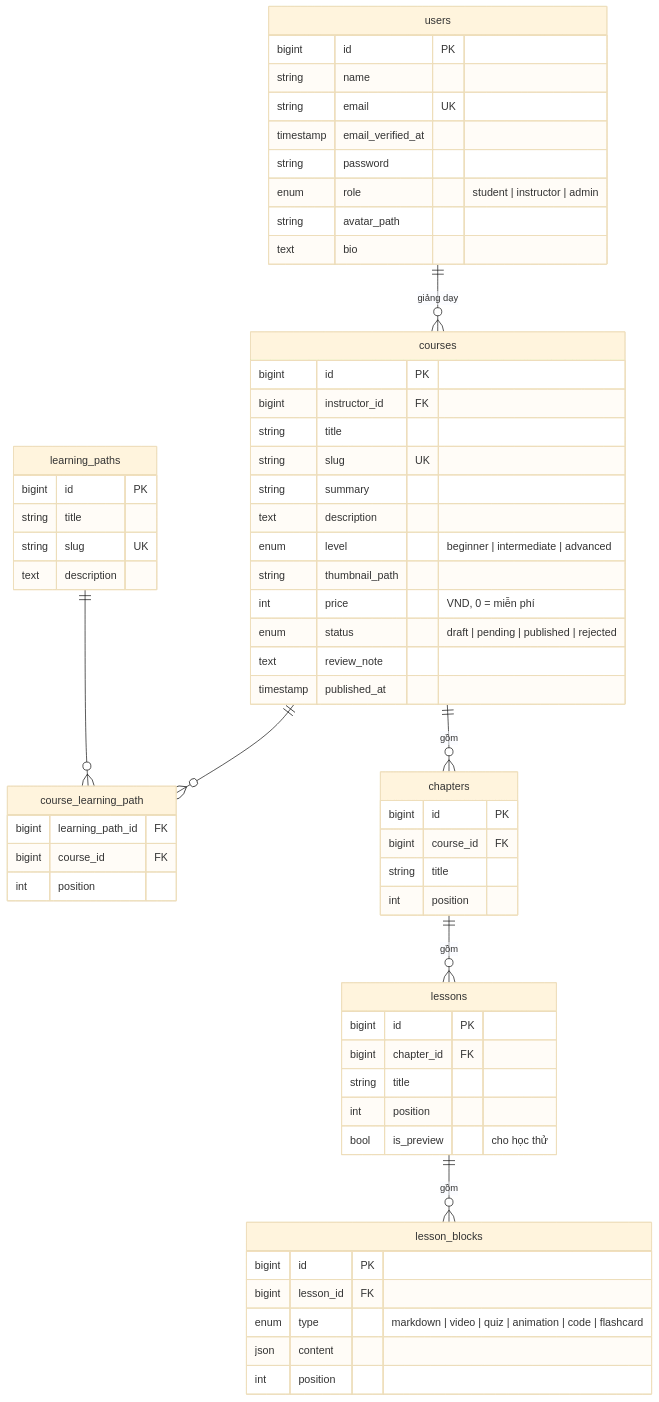
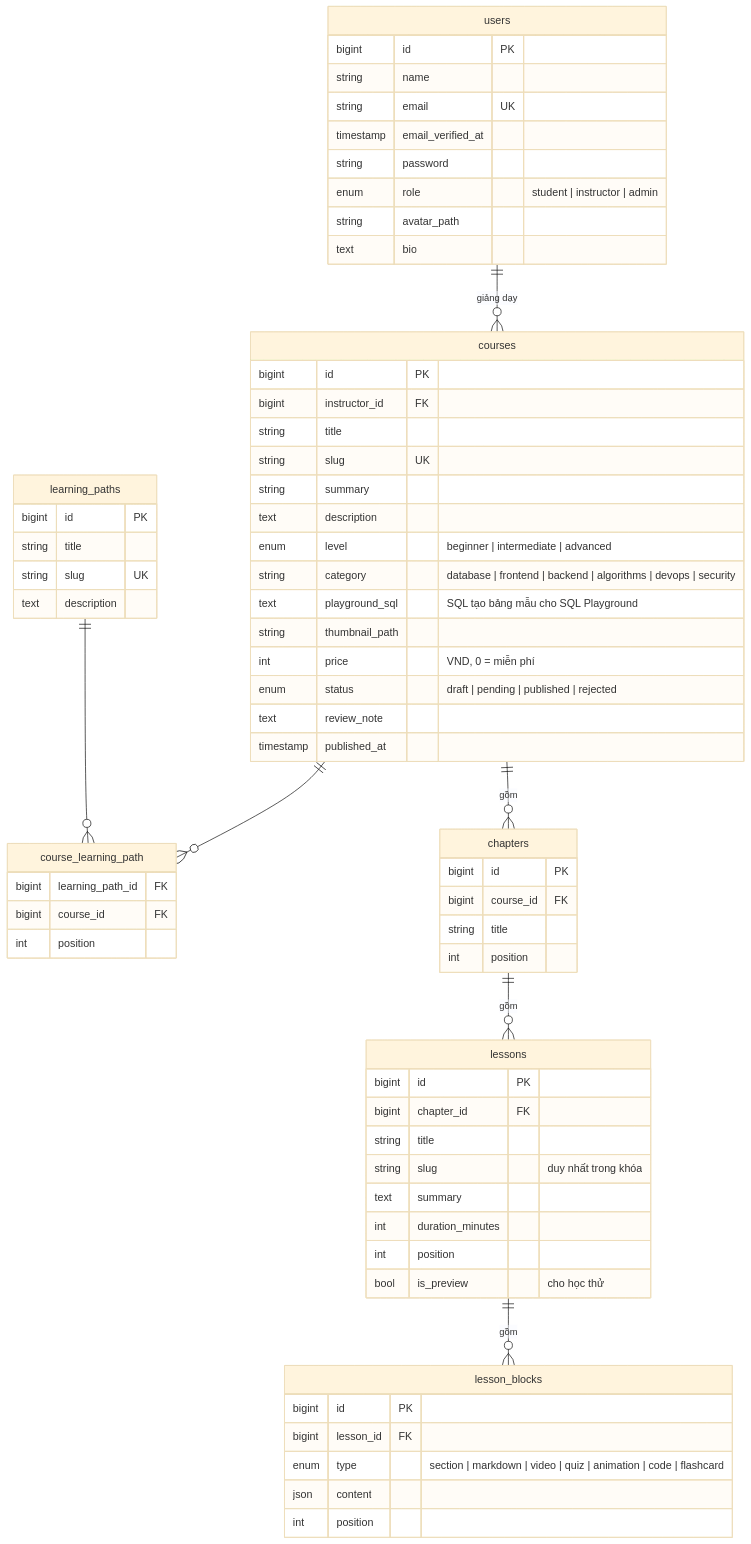
Before and after one commit to Thang2509/DACN: the fourth of 9 diagrams in docs/thiet-ke.md, drawn with Mermaid (base theme). The commit also changed other lines of this file and 57 other files, not shown here.

First line of the commit message:
Đợt 2: bài học kiểu Sydexa, video mở đầu, bảng dữ liệu SQL, bỏ ghi chú

````diff
--- a/docs/thiet-ke.md
+++ b/docs/thiet-ke.md
@@ -117,65 +116,70 @@
 ```mermaid
 erDiagram
   users ||--o{ courses : "giảng dạy"
   learning_paths ||--o{ course_learning_path : ""
   courses ||--o{ course_learning_path : ""
   courses ||--o{ chapters : "gồm"
   chapters ||--o{ lessons : "gồm"
   lessons ||--o{ lesson_blocks : "gồm"
 
   users {
     bigint id PK
     string name
     string email UK
     timestamp email_verified_at
     string password
     enum role "student | instructor | admin"
     string avatar_path
     text bio
   }
   learning_paths {
     bigint id PK
     string title
     string slug UK
     text description
   }
   course_learning_path {
     bigint learning_path_id FK
     bigint course_id FK
     int position
   }
   courses {
     bigint id PK
     bigint instructor_id FK
     string title
     string slug UK
     string summary
     text description
     enum level "beginner | intermediate | advanced"
+    string category "database | frontend | backend | algorithms | devops | security"
+    text playground_sql "SQL tạo bảng mẫu cho SQL Playground"
     string thumbnail_path
     int price "VND, 0 = miễn phí"
     enum status "draft | pending | published | rejected"
     text review_note
     timestamp published_at
   }
   chapters {
     bigint id PK
     bigint course_id FK
     string title
     int position
   }
   lessons {
     bigint id PK
     bigint chapter_id FK
     string title
+    string slug "duy nhất trong khóa"
+    text summary
+    int duration_minutes
     int position
     bool is_preview "cho học thử"
   }
   lesson_blocks {
     bigint id PK
     bigint lesson_id FK
-    enum type "markdown | video | quiz | animation | code | flashcard"
+    enum type "section | markdown | video | quiz | animation | code | flashcard"
     json content
     int position
   }
 ```
````
